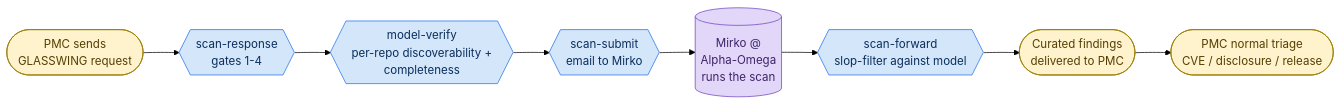
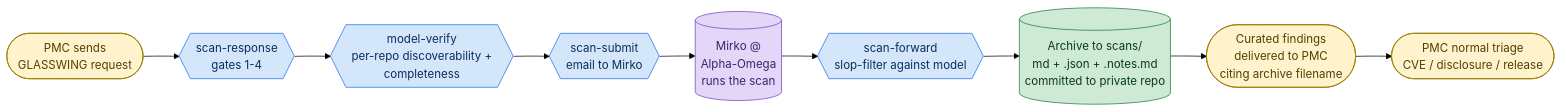
One commit to raboof/apache-security-dash changed the first of 3 diagrams in README.md. Above: the diagram before and after it, drawn with Mermaid (forest theme). The commit also changed other lines of this file and 3 other files, not shown here.

First line of the commit message:
Wire scans/ auto-archive into the workflow + diagrams

````diff
--- a/README.md
+++ b/README.md
@@ -54,14 +54,16 @@
 ```mermaid
 flowchart LR
     PMC([PMC sends<br/>GLASSWING request]):::pmc --> R{{scan-response<br/>gates 1-4}}:::skill
     R --> V{{model-verify<br/>per-repo discoverability +<br/>completeness}}:::skill
     V --> S{{scan-submit<br/>email to Mirko}}:::skill
     S --> M[(Mirko @<br/>Alpha-Omega<br/>runs the scan)]:::vendor
     M --> F{{scan-forward<br/>slop-filter against model}}:::skill
-    F --> RES([Curated findings<br/>delivered to PMC]):::pmc
+    F --> A[(Archive to scans/<br/>md + .json + .notes.md<br/>committed to private repo)]:::archive
+    A --> RES([Curated findings<br/>delivered to PMC<br/>citing archive filename]):::pmc
     RES --> T([PMC normal triage<br/>CVE / disclosure / release]):::pmc
 
     classDef pmc fill:#fff3cd,stroke:#9a7d00,color:#553e00
     classDef skill fill:#d4e6f9,stroke:#1f6feb,color:#0a2e5c
     classDef vendor fill:#e2d6f9,stroke:#6f42c1,color:#3d2469
+    classDef archive fill:#cfe9d7,stroke:#1f7a3a,color:#0a3a1c
 ```
````
